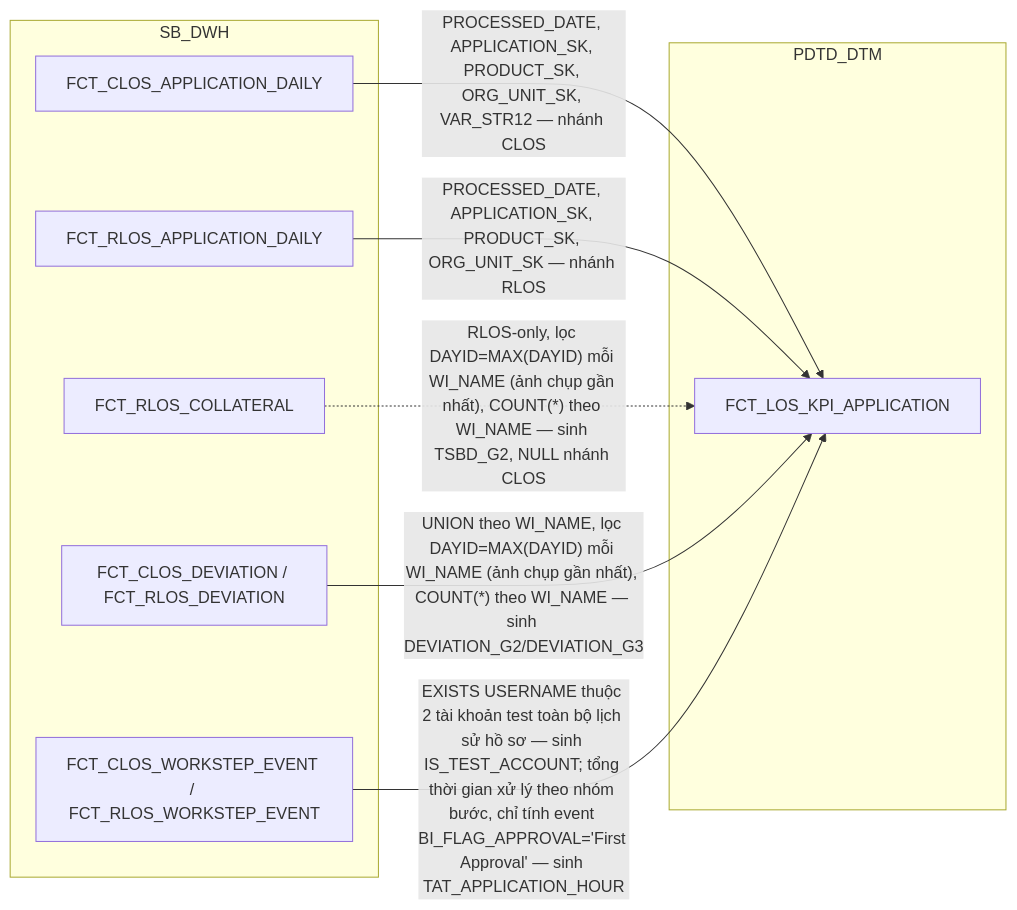
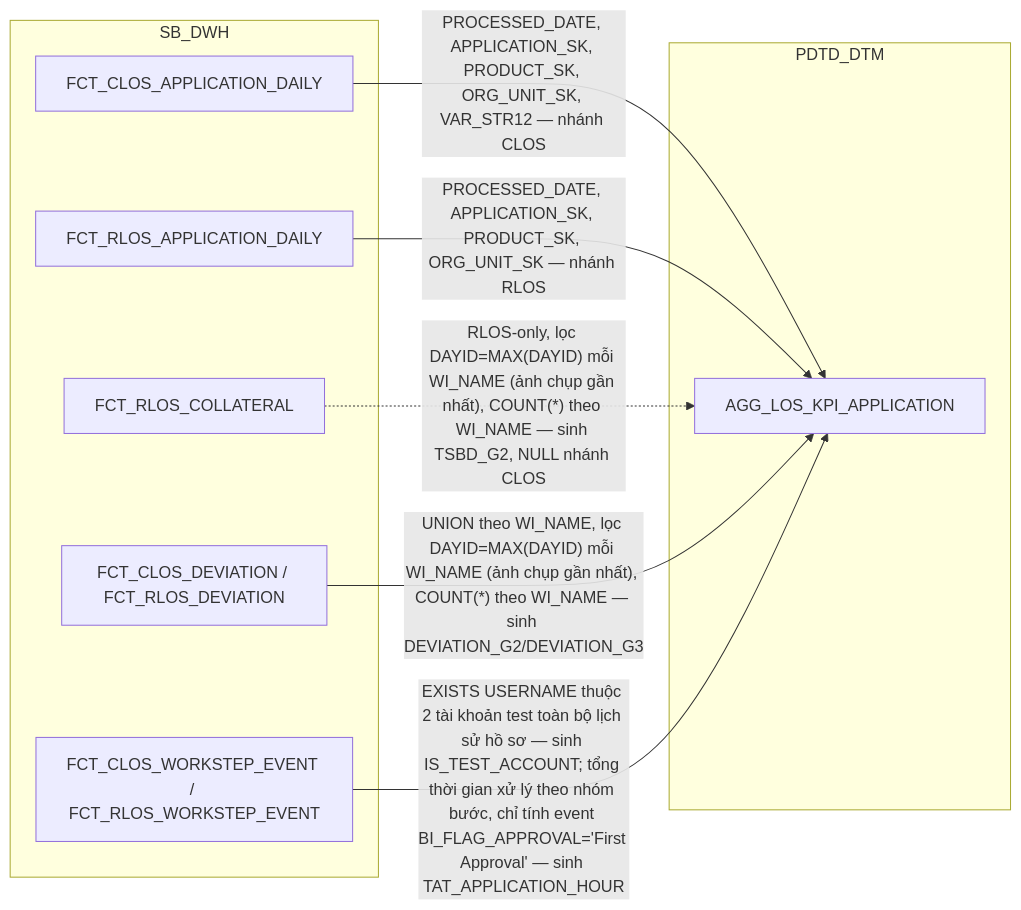
The second of 17 diagrams in hld/HLD_FCT_PDTD_DTM.md (chien1198/sb-mapping-gen), drawn with Mermaid before and after one commit. The commit also changed other lines of this file and 113 other files, not shown here.

````diff
--- a/hld/HLD_FCT_PDTD_DTM.md
+++ b/hld/HLD_FCT_PDTD_DTM.md
@@ -140,18 +156,18 @@
 ```mermaid
 flowchart LR
     subgraph SB_DWH
         A["FCT_CLOS_APPLICATION_DAILY"]
         B["FCT_RLOS_APPLICATION_DAILY"]
         L["FCT_RLOS_COLLATERAL"]
         V["FCT_CLOS_DEVIATION / FCT_RLOS_DEVIATION"]
         W["FCT_CLOS_WORKSTEP_EVENT / FCT_RLOS_WORKSTEP_EVENT"]
     end
     subgraph PDTD_DTM
-        K["FCT_LOS_KPI_APPLICATION"]
+        K["AGG_LOS_KPI_APPLICATION"]
     end
     A -->|PROCESSED_DATE, APPLICATION_SK, PRODUCT_SK, ORG_UNIT_SK, VAR_STR12 — nhánh CLOS| K
     B -->|PROCESSED_DATE, APPLICATION_SK, PRODUCT_SK, ORG_UNIT_SK — nhánh RLOS| K
     L -.->|"RLOS-only, lọc DAYID=MAX(DAYID) mỗi WI_NAME (ảnh chụp gần nhất), COUNT(*) theo WI_NAME — sinh TSBD_G2, NULL nhánh CLOS"| K
     V -->|"UNION theo WI_NAME, lọc DAYID=MAX(DAYID) mỗi WI_NAME (ảnh chụp gần nhất), COUNT(*) theo WI_NAME — sinh DEVIATION_G2/DEVIATION_G3"| K
     W -->|"EXISTS USERNAME thuộc 2 tài khoản test toàn bộ lịch sử hồ sơ — sinh IS_TEST_ACCOUNT; tổng thời gian xử lý theo nhóm bước, chỉ tính event BI_FLAG_APPROVAL='First Approval' — sinh TAT_APPLICATION_HOUR"| K
 ```
````
